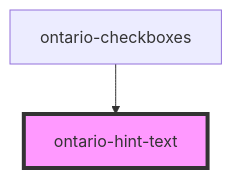
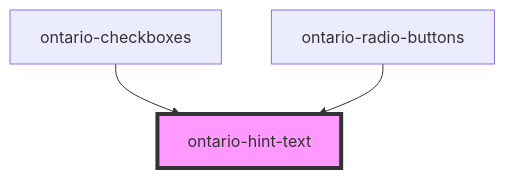
Before and after one commit to ongov/ontario-design-system: the diagram in packages/ontario-design-system-component-library/src/components/ontario-hint-text/readme.md, drawn with Mermaid. The commit also changed other lines of this file and 7 other files, not shown here.

````diff
--- a/packages/ontario-design-system-component-library/src/components/ontario-hint-text/readme.md
+++ b/packages/ontario-design-system-component-library/src/components/ontario-hint-text/readme.md
@@ -23,5 +24,6 @@
 ```mermaid
 graph TD;
   ontario-checkboxes --> ontario-hint-text
+  ontario-radio-buttons --> ontario-hint-text
   style ontario-hint-text fill:#f9f,stroke:#333,stroke-width:4px
 ```
````
